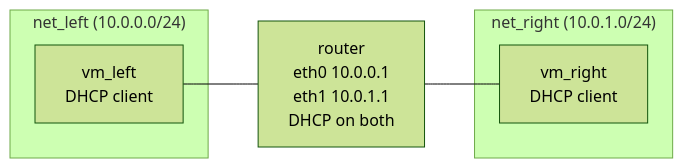
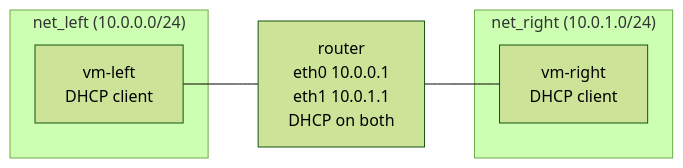
Before and after one commit to sandia-minimega/minimega: the diagram in doc/content/training/miniclass/03-router-sandwich.md, drawn with Mermaid (forest theme). The commit also changed other lines of this file and 40 other files, not shown here.

````diff
--- a/doc/content/training/miniclass/03-router-sandwich.md
+++ b/doc/content/training/miniclass/03-router-sandwich.md
@@ -15,12 +15,12 @@
 ```mermaid
 flowchart LR
     subgraph left["net_left  (10.0.0.0/24)"]
-        vm_left["vm_left<br/>DHCP client"]
+        vm-left["vm-left<br/>DHCP client"]
     end
     subgraph right["net_right  (10.0.1.0/24)"]
-        vm_right["vm_right<br/>DHCP client"]
+        vm-right["vm-right<br/>DHCP client"]
     end
     router["router<br/>eth0 10.0.0.1<br/>eth1 10.0.1.1<br/>DHCP on both"]
-    vm_left --- router
-    router --- vm_right
+    vm-left --- router
+    router --- vm-right
 ```
````
